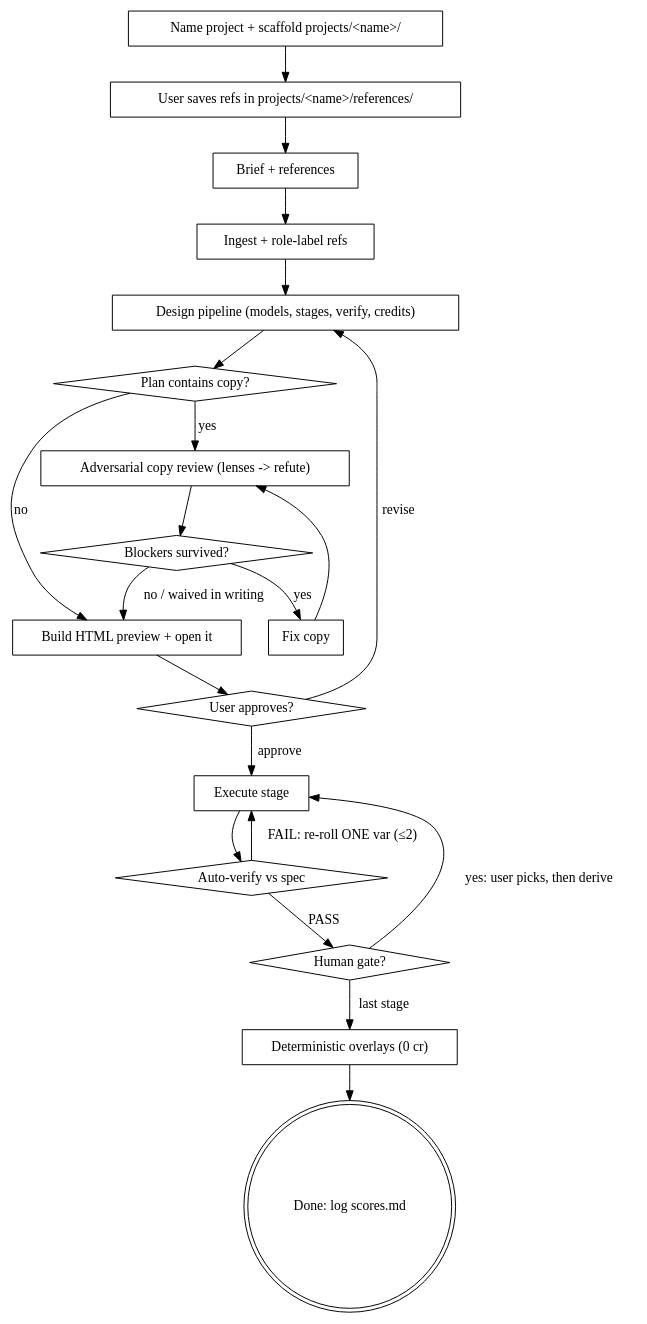
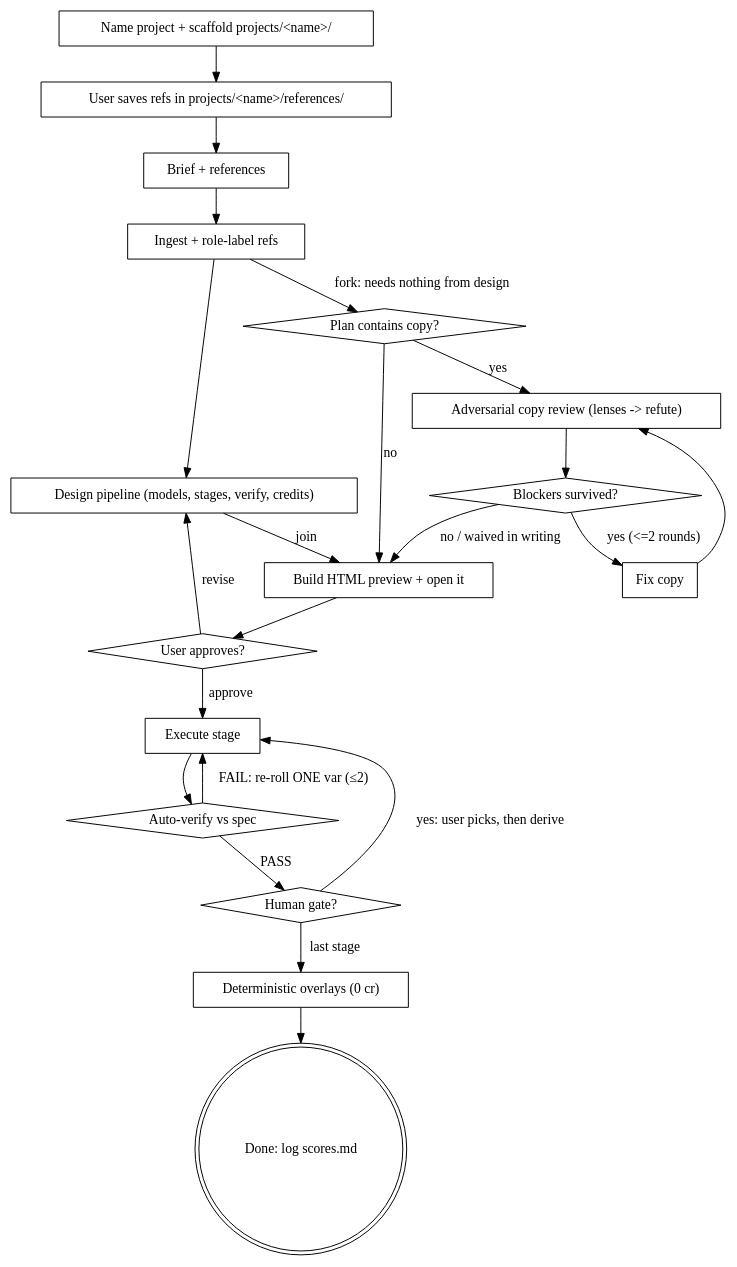
One commit to lucasyhzhu-debug/higgsfield-brief-to-pipeline changed the diagram in plugins/higgsfield-brief-to-pipeline/skills/higgsfield-brief-to-pipeline/SKILL.md. Above: the diagram before and after it, drawn with Graphviz. The commit also changed other lines of this file and 8 other files, not shown here.

````diff
--- a/plugins/higgsfield-brief-to-pipeline/skills/higgsfield-brief-to-pipeline/SKILL.md
+++ b/plugins/higgsfield-brief-to-pipeline/skills/higgsfield-brief-to-pipeline/SKILL.md
@@ -146,38 +133,41 @@
 ```dot
 digraph wf {
   "Name project + scaffold projects/<name>/" [shape=box];
   "User saves refs in projects/<name>/references/" [shape=box];
   "Brief + references" [shape=box];
   "Ingest + role-label refs" [shape=box];
   "Design pipeline (models, stages, verify, credits)" [shape=box];
   "Plan contains copy?" [shape=diamond];
   "Adversarial copy review (lenses -> refute)" [shape=box];
   "Blockers survived?" [shape=diamond];
   "Fix copy" [shape=box];
   "Build HTML preview + open it" [shape=box];
   "User approves?" [shape=diamond];
   "Execute stage" [shape=box];
   "Auto-verify vs spec" [shape=diamond];
   "Human gate?" [shape=diamond];
   "Deterministic overlays (0 cr)" [shape=box];
   "Done: log scores.md" [shape=doublecircle];
 
   "Name project + scaffold projects/<name>/" -> "User saves refs in projects/<name>/references/" -> "Brief + references";
-  "Brief + references" -> "Ingest + role-label refs" -> "Design pipeline (models, stages, verify, credits)" -> "Plan contains copy?";
+  "Brief + references" -> "Ingest + role-label refs";
+  "Ingest + role-label refs" -> "Design pipeline (models, stages, verify, credits)";
+  "Ingest + role-label refs" -> "Plan contains copy?" [label="fork: needs nothing from design"];
   "Plan contains copy?" -> "Adversarial copy review (lenses -> refute)" [label="yes"];
   "Plan contains copy?" -> "Build HTML preview + open it" [label="no"];
   "Adversarial copy review (lenses -> refute)" -> "Blockers survived?";
-  "Blockers survived?" -> "Fix copy" [label="yes"];
+  "Blockers survived?" -> "Fix copy" [label="yes (<=2 rounds)"];
   "Fix copy" -> "Adversarial copy review (lenses -> refute)";
   "Blockers survived?" -> "Build HTML preview + open it" [label="no / waived in writing"];
+  "Design pipeline (models, stages, verify, credits)" -> "Build HTML preview + open it" [label="join"];
   "Build HTML preview + open it" -> "User approves?";
   "User approves?" -> "Design pipeline (models, stages, verify, credits)" [label="revise"];
   "User approves?" -> "Execute stage" [label="approve"];
   "Execute stage" -> "Auto-verify vs spec";
   "Auto-verify vs spec" -> "Execute stage" [label="FAIL: re-roll ONE var (≤2)"];
   "Auto-verify vs spec" -> "Human gate?" [label="PASS"];
   "Human gate?" -> "Execute stage" [label="yes: user picks, then derive"];
   "Human gate?" -> "Deterministic overlays (0 cr)" [label="last stage"];
   "Deterministic overlays (0 cr)" -> "Done: log scores.md";
 }
 ```
````
